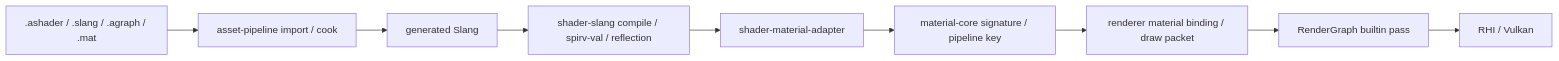
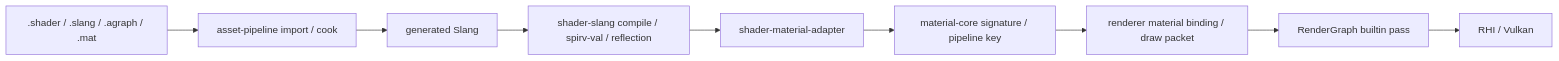
The diagram in docs/systems/shader-material-authoring.md (66six11/Engine), drawn with Mermaid before and after one commit. The commit also changed other lines of this file and 35 other files, not shown here.

Commit message:
refactor: remove shader source format brand prefix

````diff
--- a/docs/systems/shader-material-authoring.md
+++ b/docs/systems/shader-material-authoring.md
@@ -345,21 +345,21 @@
 ```mermaid
 flowchart LR
-    Source[".ashader / .slang / .agraph / .mat"]
+    Source[".shader / .slang / .agraph / .mat"]
     Import["asset-pipeline import / cook"]
     Generated["generated Slang"]
     Slang["shader-slang compile / spirv-val / reflection"]
     Adapter["shader-material-adapter"]
     Material["material-core signature / pipeline key"]
     Renderer["renderer material binding / draw packet"]
     RG["RenderGraph builtin pass"]
     RHI["RHI / Vulkan"]
 
     Source --> Import
     Import --> Generated
     Generated --> Slang
     Slang --> Adapter
     Adapter --> Material
     Material --> Renderer
     Renderer --> RG
     RG --> RHI
 ```
````
